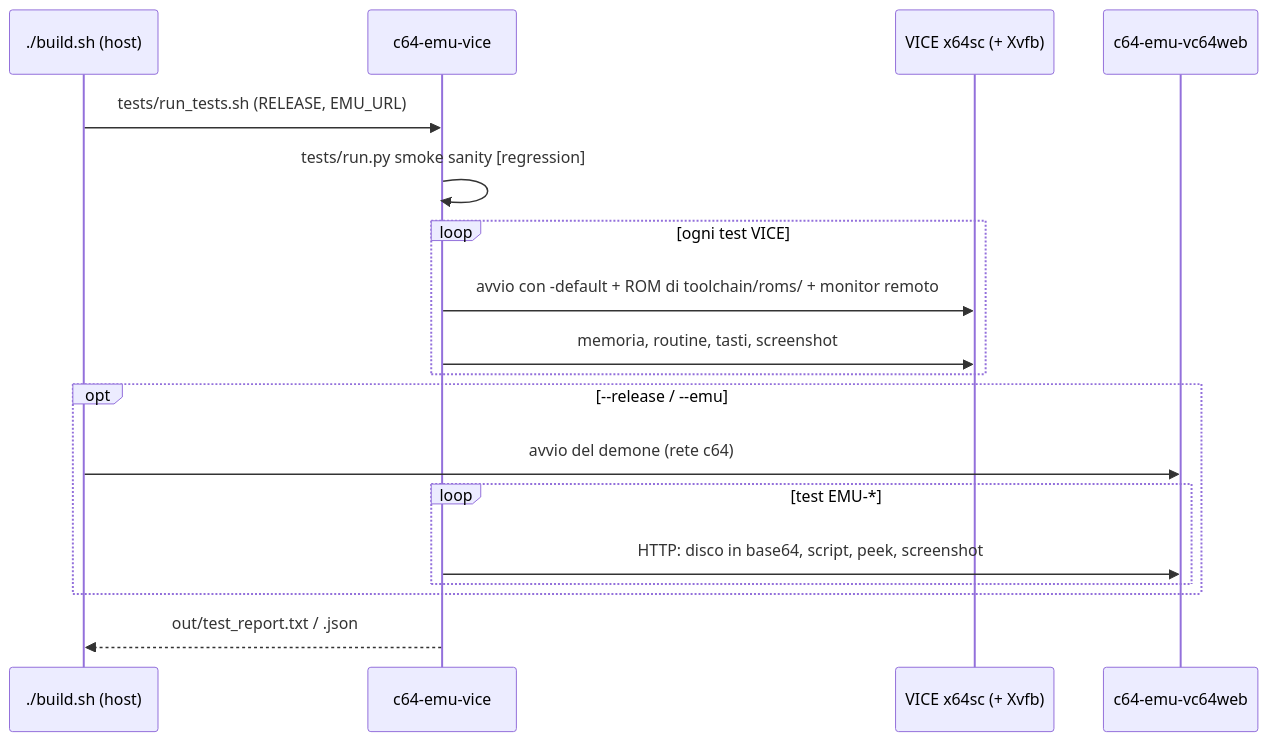
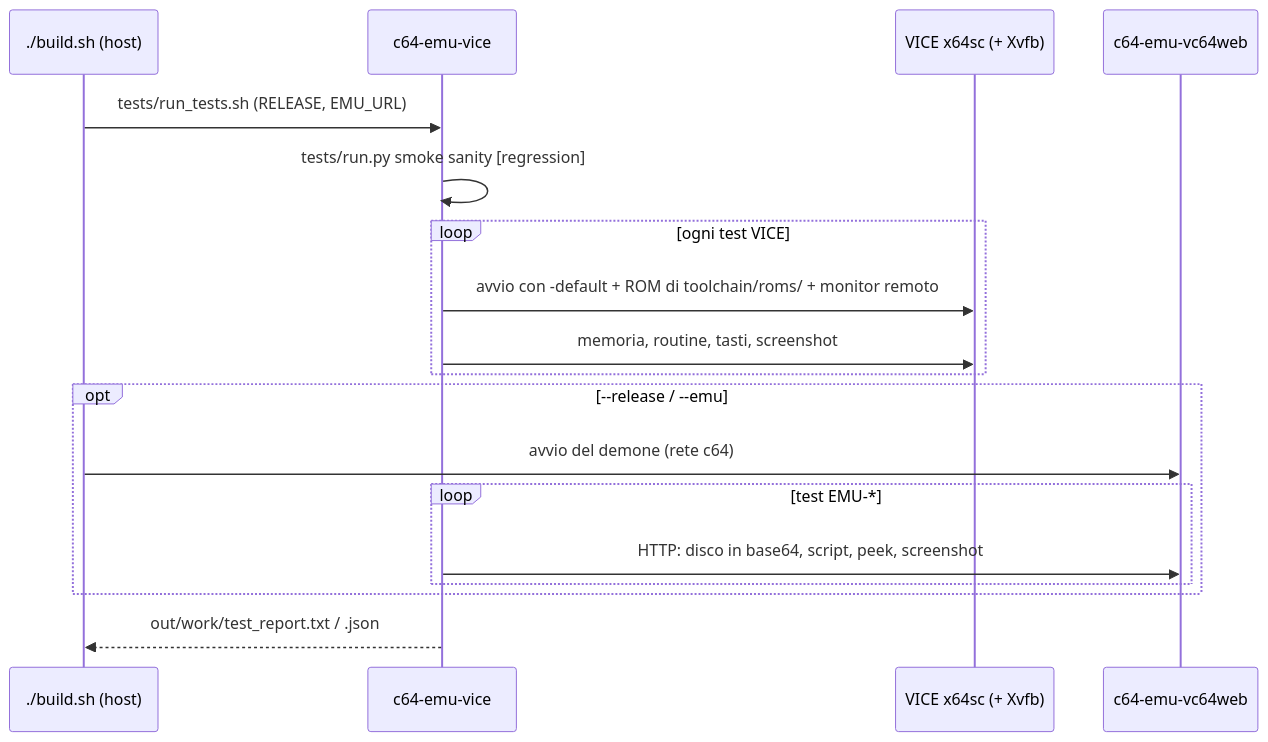
The third of 3 diagrams in docs/getting-started.md (caporalesimone/barbarian-the-blood-path), drawn with Mermaid before and after one commit. The commit also changed other lines of this file and 121 other files, not shown here.

First line of the commit message:
Build: intermedi in out/work/, cache in out/cache/ (v1.244)

````diff
--- a/docs/getting-started.md
+++ b/docs/getting-started.md
@@ -121,20 +121,20 @@
 ```mermaid
 sequenceDiagram
   participant H as ./build.sh (host)
   participant V as c64-emu-vice
   participant X as VICE x64sc (+ Xvfb)
   participant W as c64-emu-vc64web
   H->>V: tests/run_tests.sh (RELEASE, EMU_URL)
   V->>V: tests/run.py smoke sanity [regression]
   loop ogni test VICE
     V->>X: avvio con -default + ROM di toolchain/roms/ + monitor remoto
     V->>X: memoria, routine, tasti, screenshot
   end
   opt --release / --emu
     H->>W: avvio del demone (rete c64)
     loop test EMU-*
       V->>W: HTTP: disco in base64, script, peek, screenshot
     end
   end
-  V-->>H: out/test_report.txt / .json
+  V-->>H: out/work/test_report.txt / .json
 ```
````
